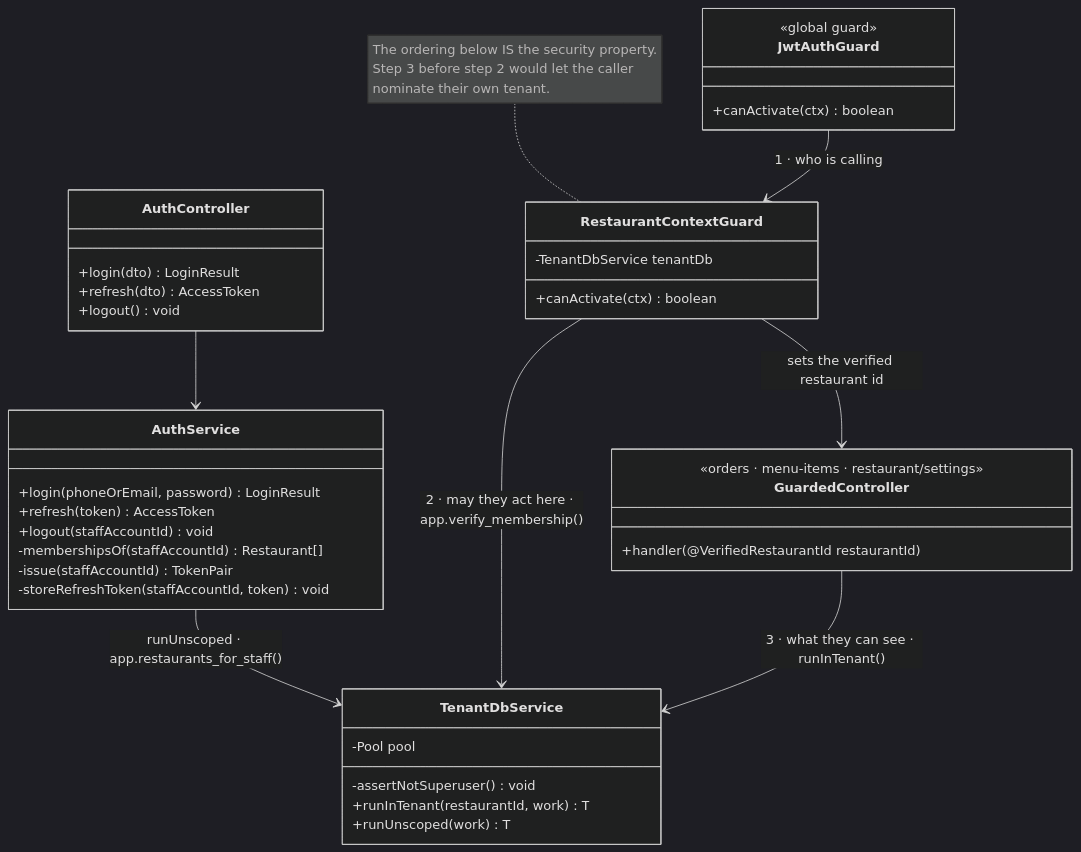
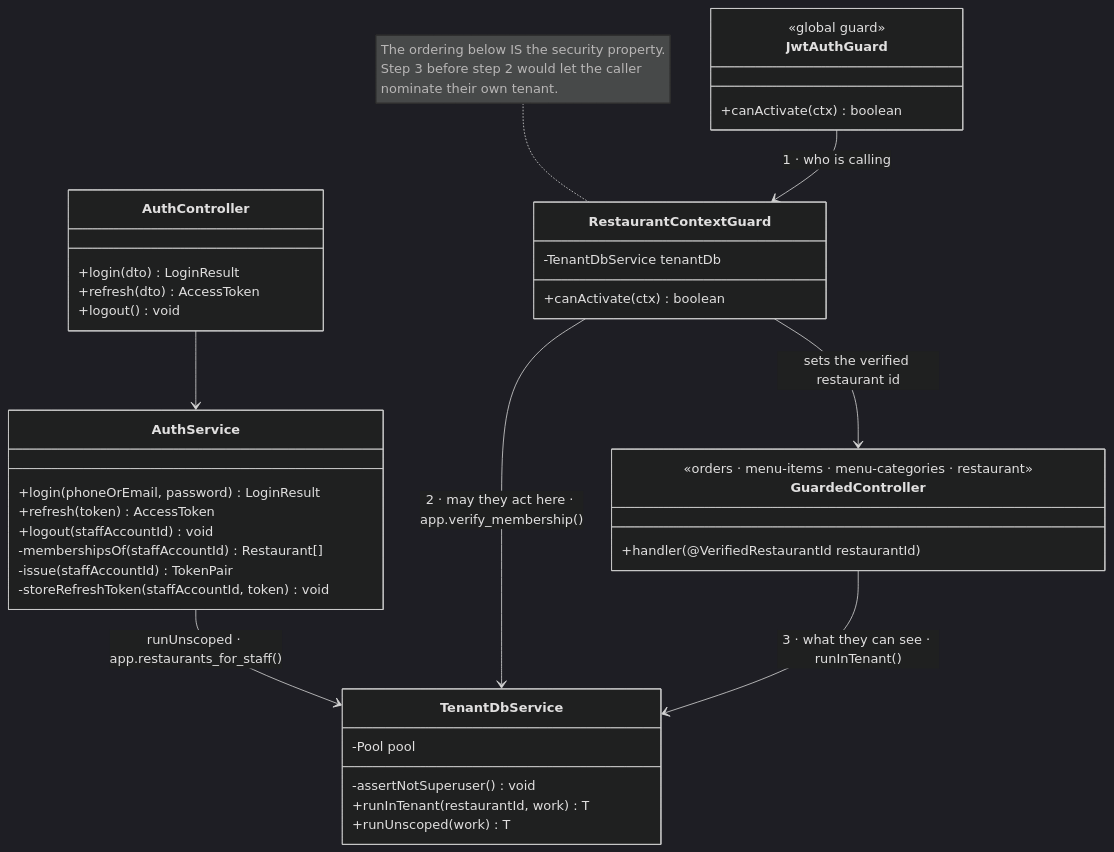
One commit to mozz-labs/sufria changed the diagram in docs/diagrams/06a-class-auth.mmd. Above: the diagram before and after it, drawn with Mermaid (dark theme). The commit also changed 9 other files, not shown here.

First line of the commit message:
docs(wip): Chapter 3 v1.2 — build script, stories and four diagrams as built

```diff
--- a/docs/diagrams/06a-class-auth.mmd
+++ b/docs/diagrams/06a-class-auth.mmd
@@ -1,42 +1,42 @@
 classDiagram
     direction TB
     note for RestaurantContextGuard "The ordering below IS the security property.<br/>Step 3 before step 2 would let the caller<br/>nominate their own tenant."
 
     class AuthController {
         +login(dto) LoginResult
         +refresh(dto) AccessToken
         +logout() void
     }
     class AuthService {
         +login(phoneOrEmail, password) LoginResult
         +refresh(token) AccessToken
         +logout(staffAccountId) void
         -membershipsOf(staffAccountId) Restaurant[]
         -issue(staffAccountId) TokenPair
         -storeRefreshToken(staffAccountId, token) void
     }
     class JwtAuthGuard {
         <<global guard>>
         +canActivate(ctx) boolean
     }
     class RestaurantContextGuard {
         -TenantDbService tenantDb
         +canActivate(ctx) boolean
     }
     class GuardedController {
-        <<orders · menu-items · restaurant/settings>>
+        <<orders · menu-items · menu-categories · restaurant>>
         +handler(@VerifiedRestaurantId restaurantId)
     }
     class TenantDbService {
         -Pool pool
         -assertNotSuperuser() void
         +runInTenant(restaurantId, work) T
         +runUnscoped(work) T
     }
 
     AuthController --> AuthService
     AuthService --> TenantDbService : runUnscoped · app.restaurants_for_staff()
     JwtAuthGuard --> RestaurantContextGuard : 1 · who is calling
     RestaurantContextGuard --> TenantDbService : 2 · may they act here · app.verify_membership()
     RestaurantContextGuard --> GuardedController : sets the verified restaurant id
     GuardedController --> TenantDbService : 3 · what they can see · runInTenant()
```
